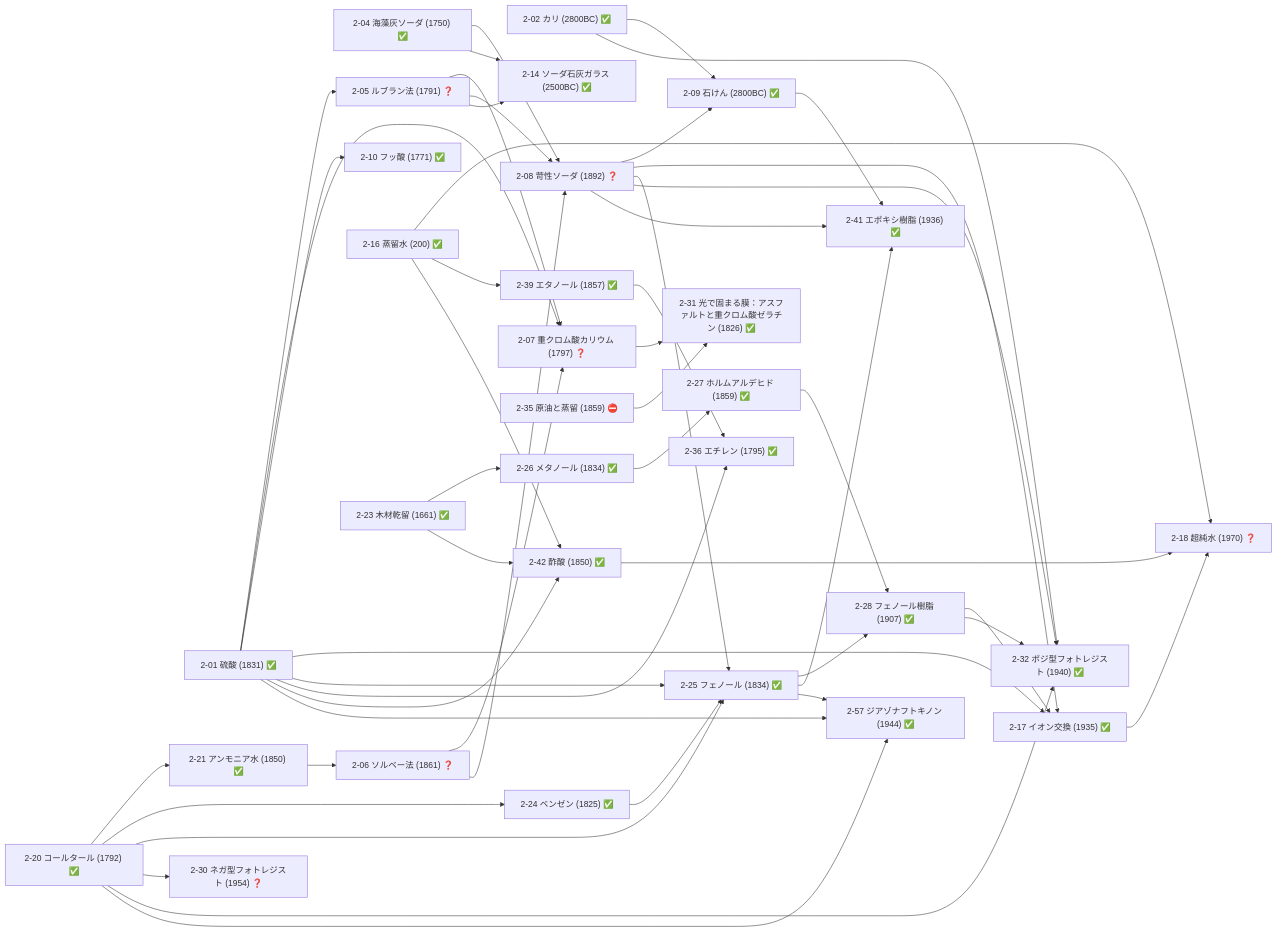
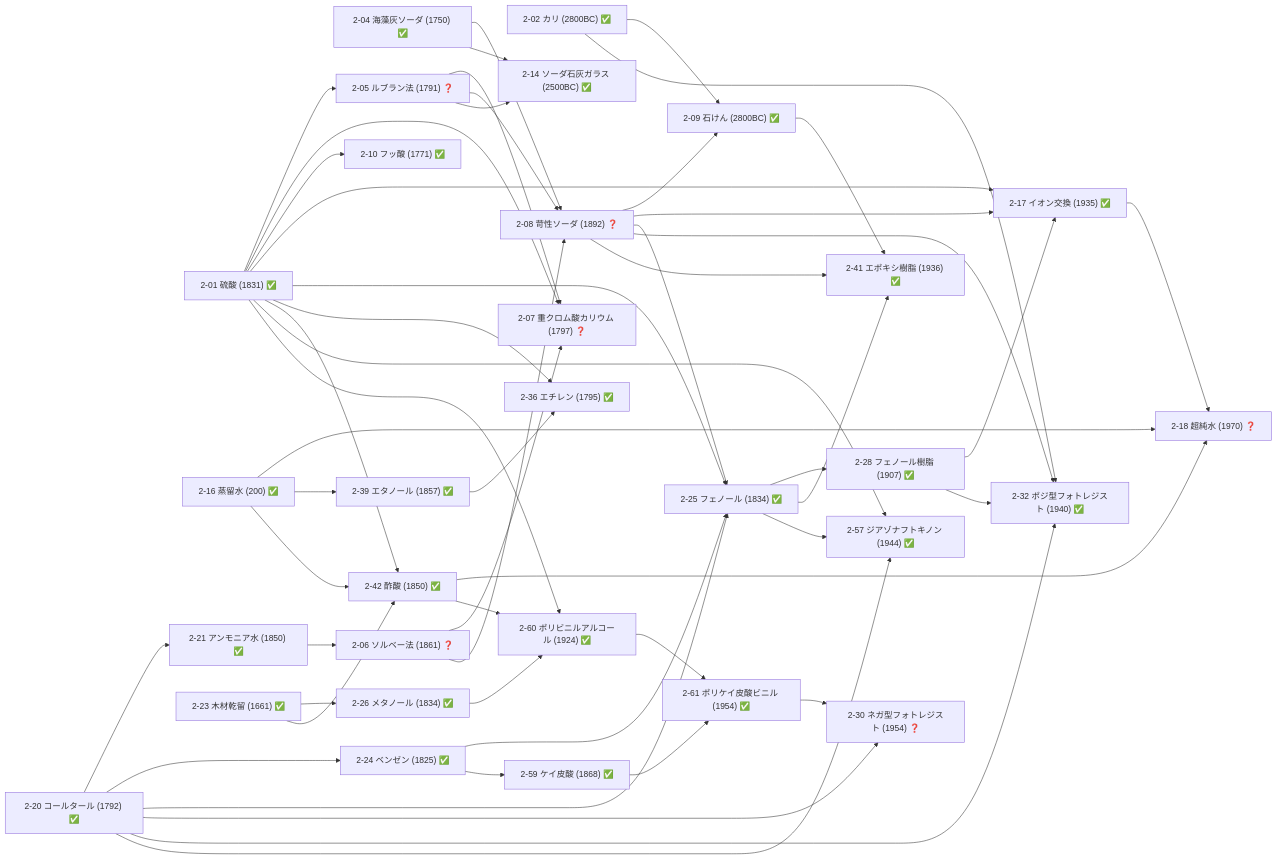
One commit to taku3i0317-collab/semiconductor-lab changed the fifth of 19 diagrams in docs/TECH_TREE_VIEW.md. Above: the diagram before and after it, drawn with Mermaid. The commit also changed other lines of this file and 7 other files, not shown here.

````diff
--- a/docs/TECH_TREE_VIEW.md
+++ b/docs/TECH_TREE_VIEW.md
@@ -263,17 +263,17 @@
   n2_24["2-24 ベンゼン (1825) ✅"]
   n2_25["2-25 フェノール (1834) ✅"]
   n2_26["2-26 メタノール (1834) ✅"]
-  n2_27["2-27 ホルムアルデヒド (1859) ✅"]
   n2_28["2-28 フェノール樹脂 (1907) ✅"]
   n2_30["2-30 ネガ型フォトレジスト (1954) ❓"]
-  n2_31["2-31 光で固まる膜：アスファルトと重クロム酸ゼラチン (1826) ✅"]
   n2_32["2-32 ポジ型フォトレジスト (1940) ✅"]
-  n2_35["2-35 原油と蒸留 (1859) ⛔"]
   n2_36["2-36 エチレン (1795) ✅"]
   n2_39["2-39 エタノール (1857) ✅"]
   n2_41["2-41 エポキシ樹脂 (1936) ✅"]
   n2_42["2-42 酢酸 (1850) ✅"]
   n2_57["2-57 ジアゾナフトキノン (1944) ✅"]
+  n2_59["2-59 ケイ皮酸 (1868) ✅"]
+  n2_60["2-60 ポリビニルアルコール (1924) ✅"]
+  n2_61["2-61 ポリケイ皮酸ビニル (1954) ✅"]
   n2_01-->n2_05
   n2_21-->n2_06
   n2_01-->n2_07
@@ -300,12 +300,9 @@
   n2_20-->n2_25
   n2_24-->n2_25
   n2_23-->n2_26
-  n2_26-->n2_27
   n2_25-->n2_28
-  n2_27-->n2_28
   n2_20-->n2_30
-  n2_07-->n2_31
-  n2_35-->n2_31
+  n2_61-->n2_30
   n2_02-->n2_32
   n2_08-->n2_32
   n2_20-->n2_32
@@ -322,4 +319,10 @@
   n2_01-->n2_57
   n2_20-->n2_57
   n2_25-->n2_57
+  n2_24-->n2_59
+  n2_01-->n2_60
+  n2_26-->n2_60
+  n2_42-->n2_60
+  n2_59-->n2_61
+  n2_60-->n2_61
 ```
````
